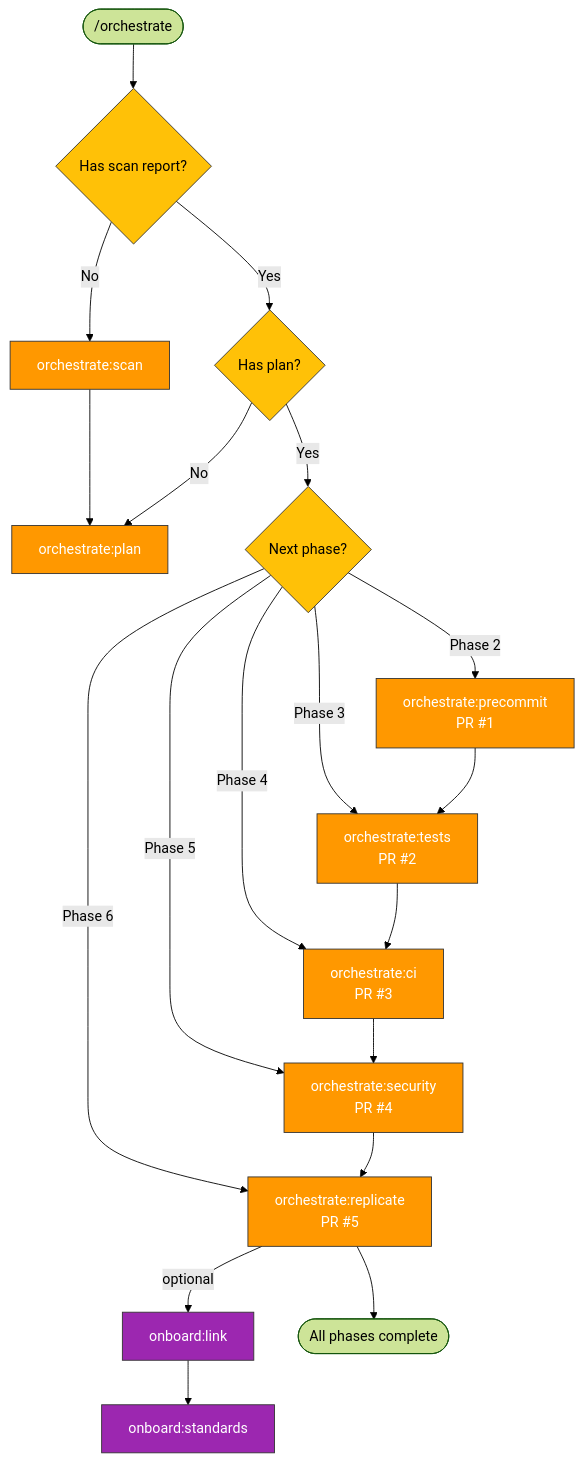
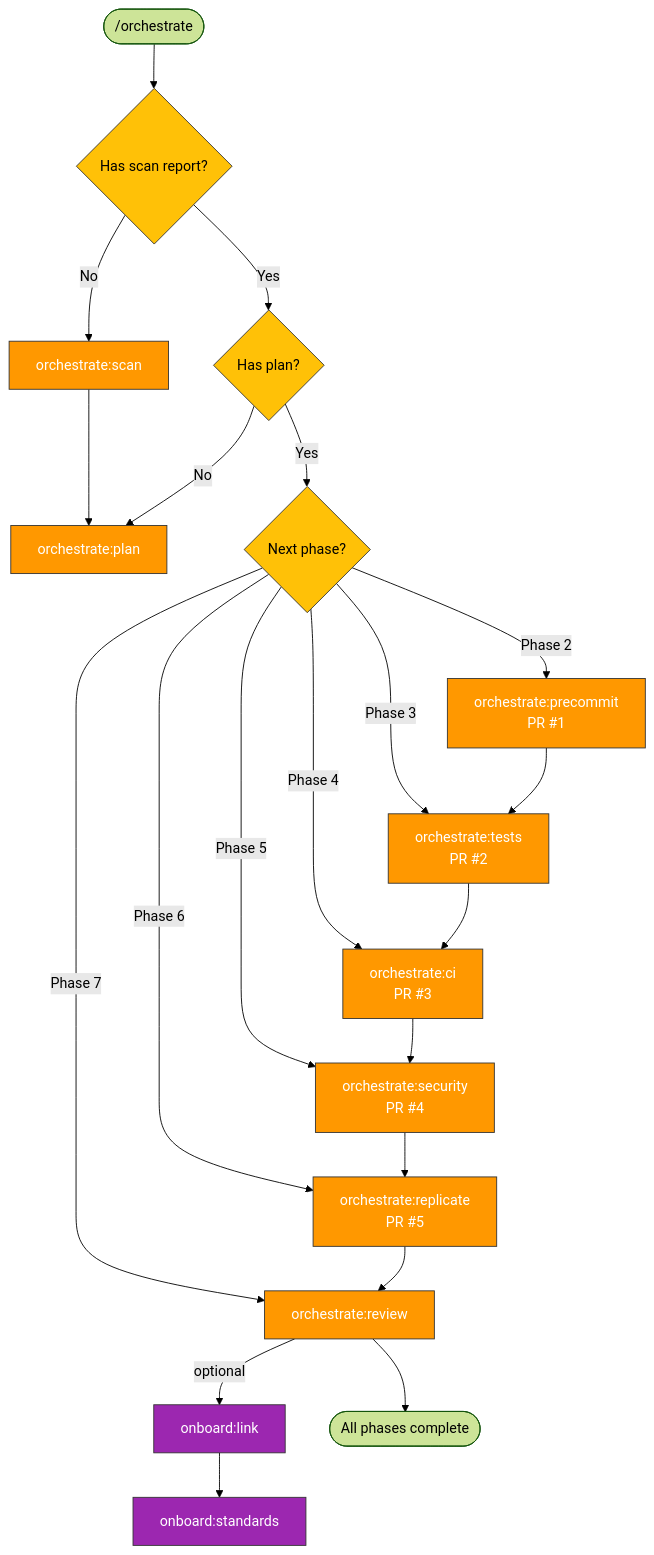
One commit to pdettori/kagenti changed the diagram in .claude/skills/orchestrate/SKILL.md. Above: the diagram before and after it, drawn with Mermaid (forest theme). The commit also changed other lines of this file and 3 other files, not shown here.

````diff
--- a/.claude/skills/orchestrate/SKILL.md
+++ b/.claude/skills/orchestrate/SKILL.md
@@ -6,30 +6,32 @@
 ```mermaid
 flowchart TD
     START(["/orchestrate"]) --> HAS_SCAN{Has scan report?}
 
     HAS_SCAN -->|No| SCAN["orchestrate:scan"]:::orch
     SCAN --> PLAN["orchestrate:plan"]:::orch
     HAS_SCAN -->|Yes| HAS_PLAN{Has plan?}
 
     HAS_PLAN -->|No| PLAN
     HAS_PLAN -->|Yes| NEXT_PHASE{Next phase?}
 
     NEXT_PHASE -->|Phase 2| PRECOMMIT["orchestrate:precommit<br/>PR #1"]:::orch
     NEXT_PHASE -->|Phase 3| TESTS["orchestrate:tests<br/>PR #2"]:::orch
     NEXT_PHASE -->|Phase 4| CI["orchestrate:ci<br/>PR #3"]:::orch
     NEXT_PHASE -->|Phase 5| SECURITY["orchestrate:security<br/>PR #4"]:::orch
     NEXT_PHASE -->|Phase 6| REPLICATE["orchestrate:replicate<br/>PR #5"]:::orch
+    NEXT_PHASE -->|Phase 7| REVIEW["orchestrate:review"]:::orch
 
     PRECOMMIT --> TESTS
     TESTS --> CI
     CI --> SECURITY
     SECURITY --> REPLICATE
-    REPLICATE -->|optional| ONBOARD_LINK["onboard:link"]:::onb
+    REPLICATE --> REVIEW
+    REVIEW -->|optional| ONBOARD_LINK["onboard:link"]:::onb
     ONBOARD_LINK --> ONBOARD_STD["onboard:standards"]:::onb
-    REPLICATE --> DONE([All phases complete])
+    REVIEW --> DONE([All phases complete])
 
     classDef orch fill:#FF9800,stroke:#333,color:white
     classDef onb fill:#9C27B0,stroke:#333,color:white
     classDef check fill:#FFC107,stroke:#333,color:black
     class HAS_SCAN,HAS_PLAN,NEXT_PHASE check
 ```
````
